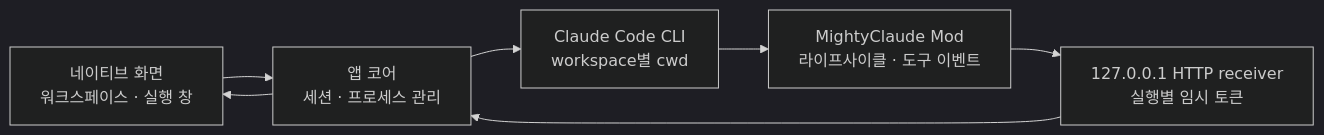
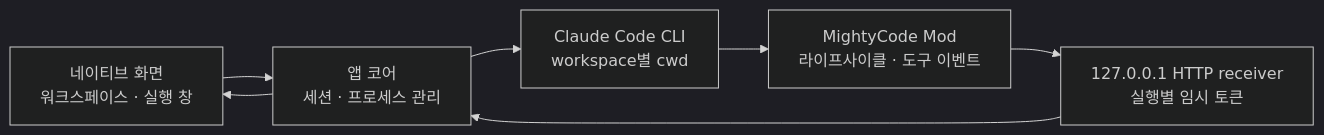
Before and after one commit to athens96/MightyClaude: the diagram in docs/claude-mods-analysis.md, drawn with Mermaid (dark theme). The commit also changed other lines of this file and 1474 other files, not shown here.

````diff
--- a/docs/claude-mods-analysis.md
+++ b/docs/claude-mods-analysis.md
@@ -64,9 +64,9 @@
 ```mermaid
 flowchart LR
   UI[네이티브 화면\n워크스페이스 · 실행 창] --> Main[앱 코어\n세션 · 프로세스 관리]
   Main --> CLI[Claude Code CLI\nworkspace별 cwd]
-  CLI --> Mod[MightyClaude Mod\n라이프사이클 · 도구 이벤트]
+  CLI --> Mod[MightyCode Mod\n라이프사이클 · 도구 이벤트]
   Mod --> HTTP[127.0.0.1 HTTP receiver\n실행별 임시 토큰]
   HTTP --> Main
   Main --> UI
 ```
````
